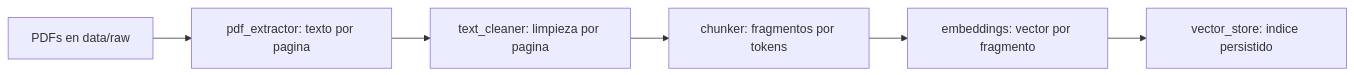
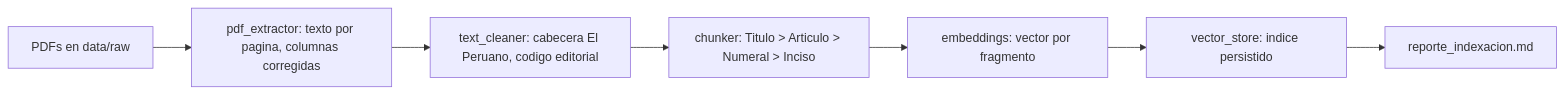
Before and after one commit to Zoca-1/Proyecto_NormativeRAG_PublicProcurement_Radar: the first of 4 diagrams in docs/pipeline.md, drawn with Mermaid. The commit also changed other lines of this file and 11 other files, not shown here.

````diff
--- a/docs/pipeline.md
+++ b/docs/pipeline.md
@@ -48,8 +54,9 @@
 ```mermaid
 flowchart LR
-    A[PDFs en data/raw] --> B[pdf_extractor: texto por pagina]
-    B --> C[text_cleaner: limpieza por pagina]
-    C --> D[chunker: fragmentos por tokens]
+    A[PDFs en data/raw] --> B[pdf_extractor: texto por pagina, columnas corregidas]
+    B --> C[text_cleaner: cabecera El Peruano, codigo editorial]
+    C --> D[chunker: Titulo > Articulo > Numeral > Inciso]
     D --> E[embeddings: vector por fragmento]
     E --> F[vector_store: indice persistido]
+    F --> G[reporte_indexacion.md]
 ```
````
